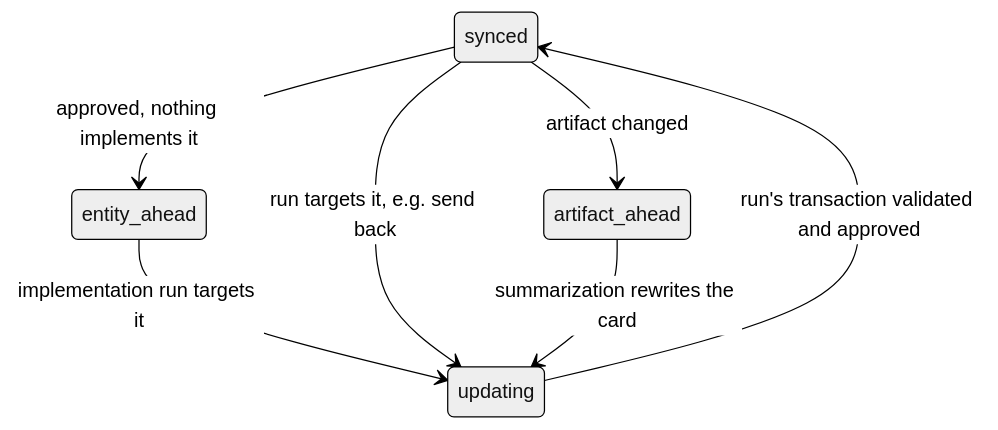
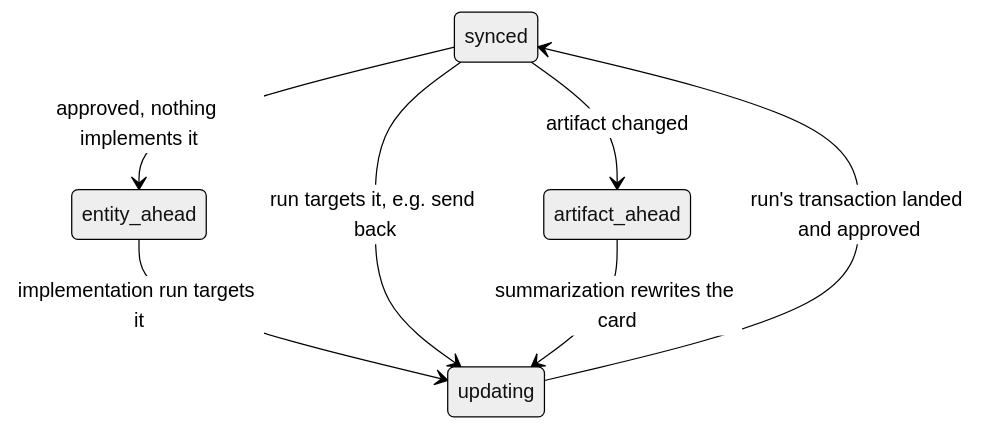
Before and after one commit to Aleksander1111/momentum: the second of 2 diagrams in docs/diagrams/07-change-to-main-line.md, drawn with Mermaid (neutral theme). The commit also changed other lines of this file and 67 other files, not shown here.

````diff
--- a/docs/diagrams/07-change-to-main-line.md
+++ b/docs/diagrams/07-change-to-main-line.md
@@ -35,9 +45,9 @@
 ```mermaid
 stateDiagram-v2
   synced --> entity_ahead: approved, nothing implements it
   entity_ahead --> updating: implementation run targets it
   synced --> updating: run targets it, e.g. send back
-  updating --> synced: run's transaction validated and approved
+  updating --> synced: run's transaction landed and approved
   synced --> artifact_ahead: artifact changed
   artifact_ahead --> updating: summarization rewrites the card
 ```
````
